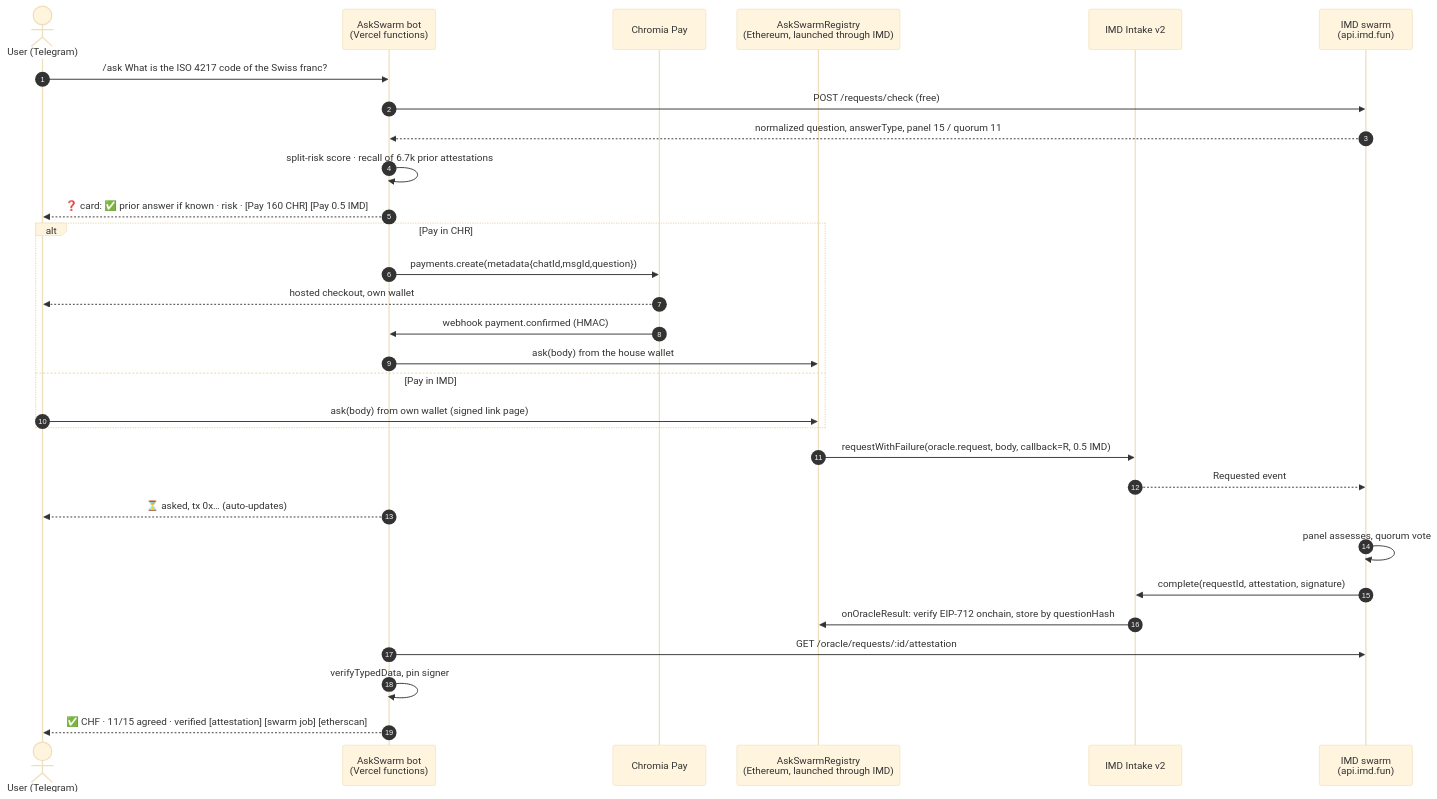
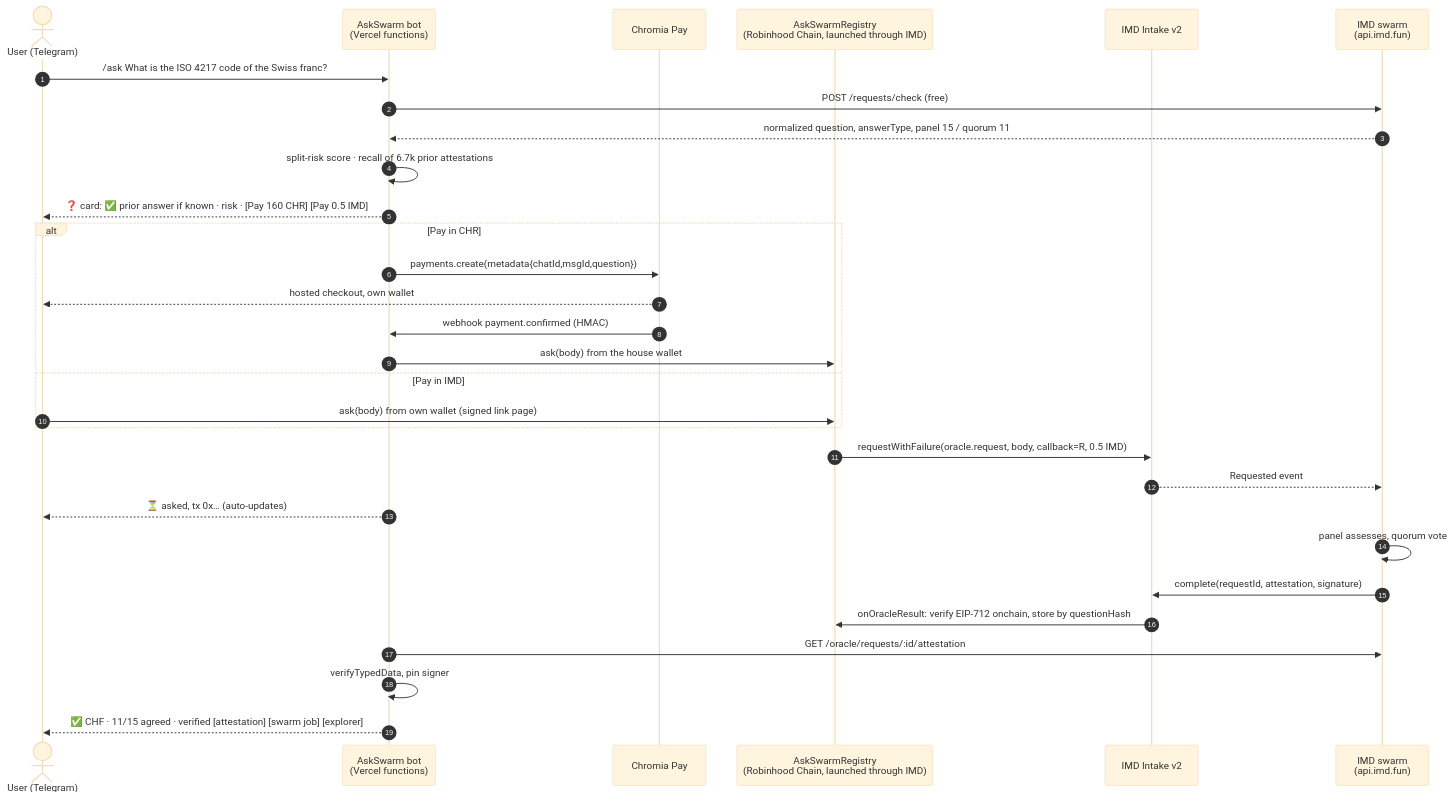
The first of 3 diagrams in README.md (ChromiaAgents/askswarm), drawn with Mermaid (base theme) before and after one commit. The commit also changed other lines of this file and 3 other files, not shown here.

Commit message:
Robinhood Chain live: README, submission and evidence with launch #2223 contracts; market page labels Ethereum markets in the feed and keeps contracts off the leaderboard

````diff
--- a/README.md
+++ b/README.md
@@ -26,33 +33,33 @@
 ```mermaid
 sequenceDiagram
     autonumber
     actor U as User (Telegram)
     participant B as AskSwarm bot<br/>(Vercel functions)
     participant P as Chromia Pay
-    participant R as AskSwarmRegistry<br/>(Ethereum, launched through IMD)
+    participant R as AskSwarmRegistry<br/>(Robinhood Chain, launched through IMD)
     participant I as IMD Intake v2
     participant S as IMD swarm<br/>(api.imd.fun)
 
     U->>B: /ask What is the ISO 4217 code of the Swiss franc?
     B->>S: POST /requests/check (free)
     S-->>B: normalized question, answerType, panel 15 / quorum 11
     B->>B: split-risk score · recall of 6.7k prior attestations
     B-->>U: ❓ card: ✅ prior answer if known · risk · [Pay 160 CHR] [Pay 0.5 IMD]
     alt Pay in CHR
         B->>P: payments.create(metadata{chatId,msgId,question})
         P-->>U: hosted checkout, own wallet
         P->>B: webhook payment.confirmed (HMAC)
         B->>R: ask(body) from the house wallet
     else Pay in IMD
         U->>R: ask(body) from own wallet (signed link page)
     end
     R->>I: requestWithFailure(oracle.request, body, callback=R, 0.5 IMD)
     I-->>S: Requested event
     B-->>U: ⏳ asked, tx 0x…  (auto-updates)
     S->>S: panel assesses, quorum vote
     S->>I: complete(requestId, attestation, signature)
     I->>R: onOracleResult: verify EIP-712 onchain, store by questionHash
     B->>S: GET /oracle/requests/:id/attestation
     B->>B: verifyTypedData, pin signer
-    B-->>U: ✅ CHF · 11/15 agreed · verified  [attestation] [swarm job] [etherscan]
+    B-->>U: ✅ CHF · 11/15 agreed · verified  [attestation] [swarm job] [explorer]
 ```
````
